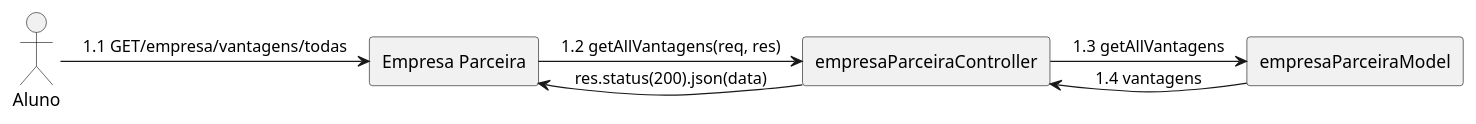
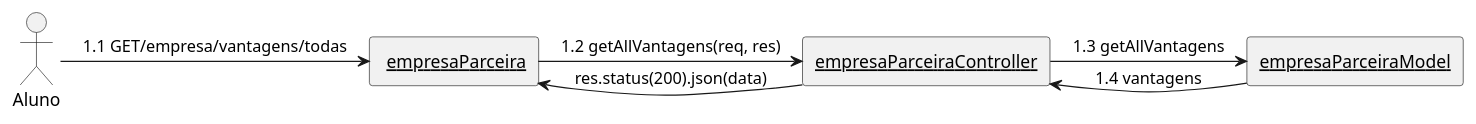
One commit to mmhqs/lab-desenvolvimento-software changed the diagram in laboratorio3/projeto/DiagramaDeComunicacao/listagemVantagensAluno/listagemVantagensAluno.wsd. Above: the diagram before and after it, drawn with PlantUML. The commit also changed 3 other files, not shown here.

Commit message:
diagramas de troca e listagem de vantagens do aluno

```diff
--- a/laboratorio3/projeto/DiagramaDeComunicacao/listagemVantagensAluno/listagemVantagensAluno.wsd
+++ b/laboratorio3/projeto/DiagramaDeComunicacao/listagemVantagensAluno/listagemVantagensAluno.wsd
@@ -1,13 +1,13 @@
 @startuml
 skinparam linestyle ortho
 Actor "Aluno" as aluno
-rectangle "Empresa Parceira" as routes
-rectangle "empresaParceiraController" as controller
-rectangle "empresaParceiraModel" as model
+rectangle "<u> empresaParceira" as routes
+rectangle "<u>empresaParceiraController" as controller
+rectangle "<u>empresaParceiraModel" as model
 
 aluno -right-> routes: 1.1 GET/empresa/vantagens/todas 
 routes -right-> controller: 1.2 getAllVantagens(req, res) 
 controller -right-> model: 1.3 getAllVantagens 
 model -left-> controller: 1.4 vantagens
 controller -left-> routes:  res.status(200).json(data)
 @enduml
```
